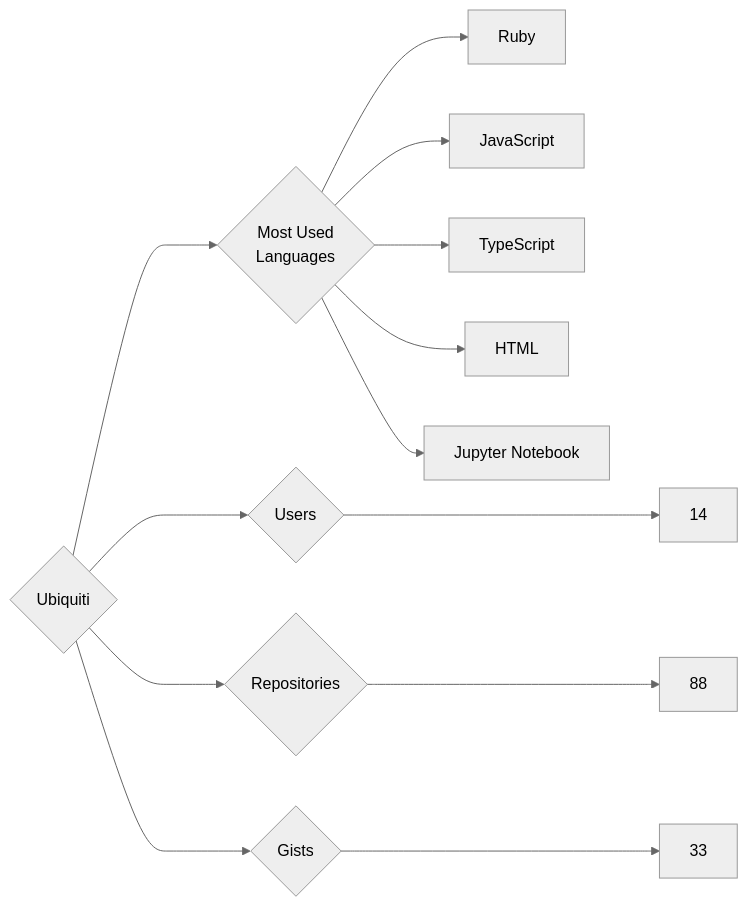
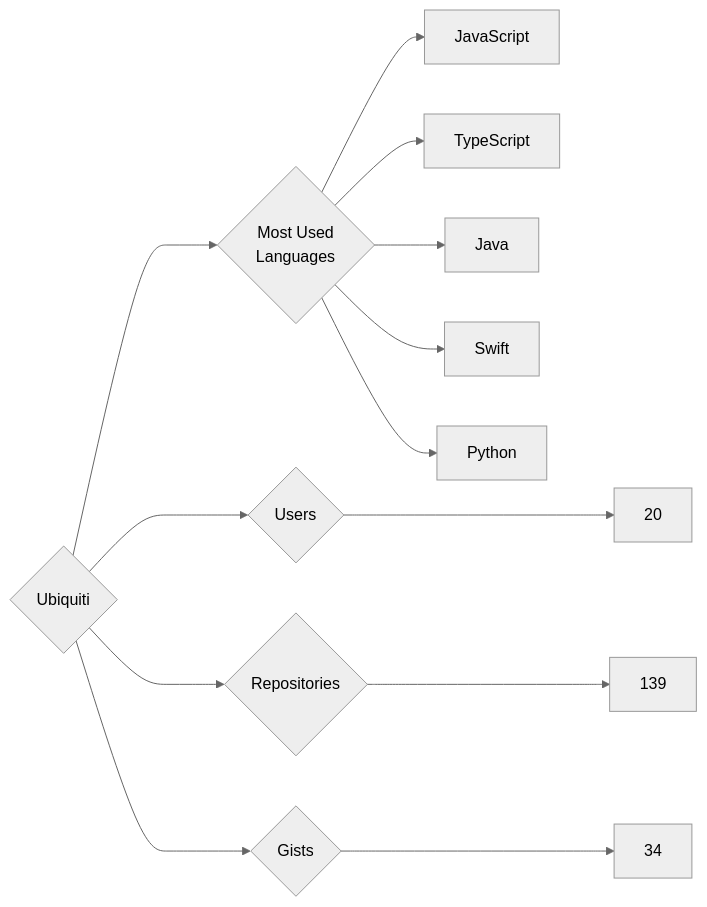
The diagram in targets/Ubiquiti/README.md (trickest/insiders), drawn with Mermaid (neutral theme) before and after one commit. The commit also changed 964 other files, not shown here.

````diff
--- a/targets/Ubiquiti/README.md
+++ b/targets/Ubiquiti/README.md
@@ -3,13 +3,13 @@
 ```mermaid
 graph LR
 COMPANY_NAME{Ubiquiti}
-COMPANY_NAME ---> U{Users} ---> UN[14]
-COMPANY_NAME ---> R{Repositories} ---> RN[88]
-COMPANY_NAME ---> G{Gists} ---> GN[33]
+COMPANY_NAME ---> U{Users} ---> UN[20]
+COMPANY_NAME ---> R{Repositories} ---> RN[139]
+COMPANY_NAME ---> G{Gists} ---> GN[34]
 COMPANY_NAME ---> ML{Most Used<br>Languages}
-ML --> Ruby[Ruby]
 ML --> JavaScript[JavaScript]
 ML --> TypeScript[TypeScript]
-ML --> HTML[HTML]
-ML --> Jupyter_Notebook[Jupyter Notebook]
+ML --> Java[Java]
+ML --> Swift[Swift]
+ML --> Python[Python]
 ```
````
